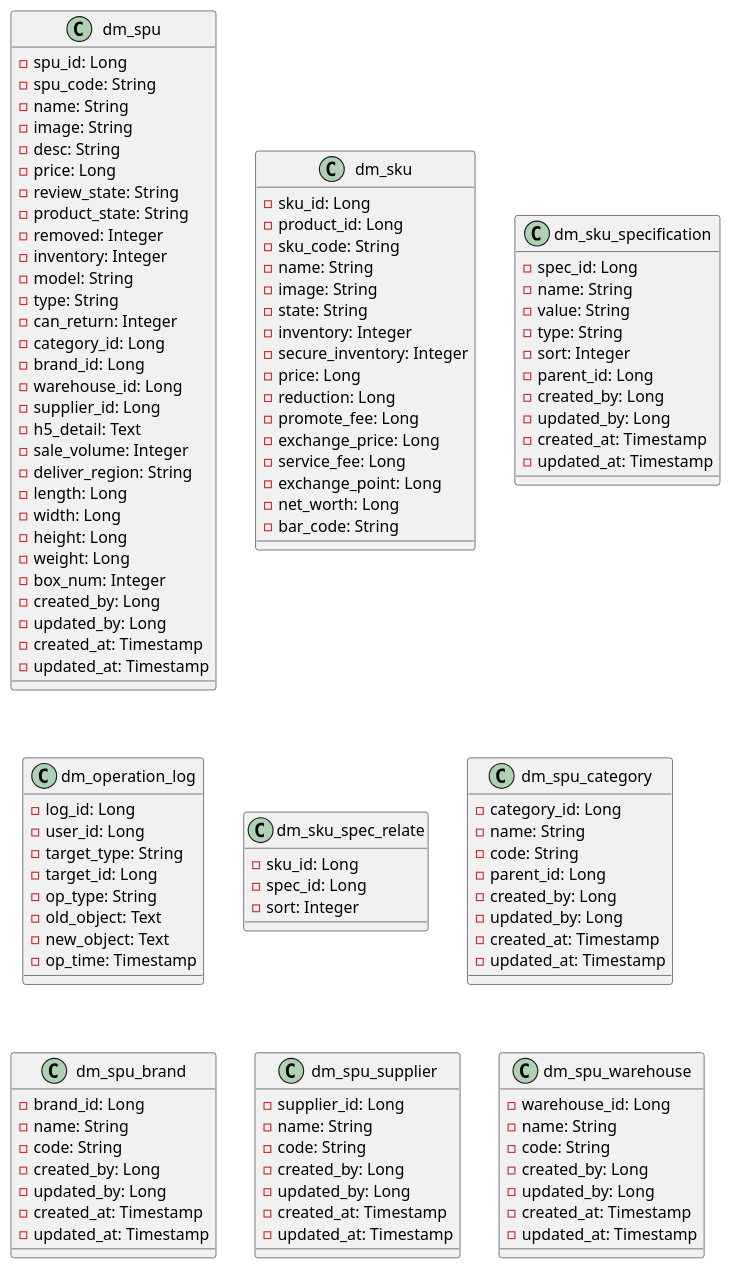
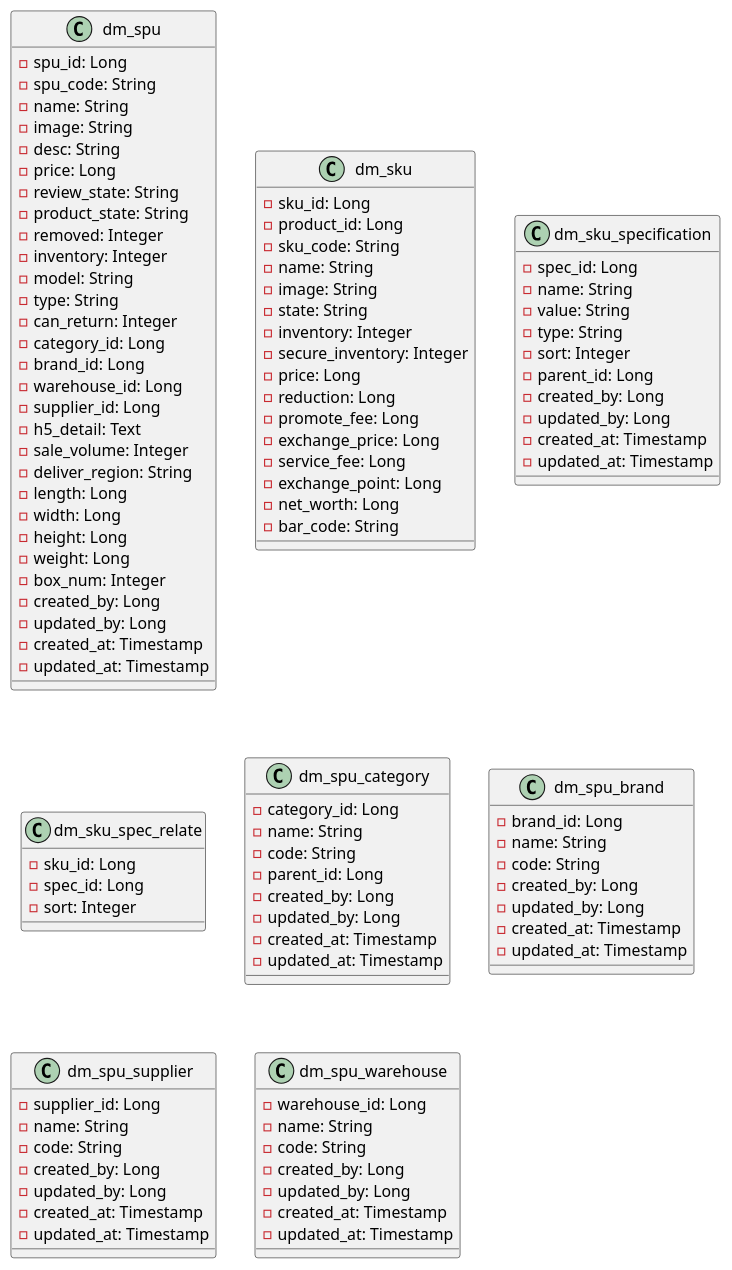
One commit to xgyb12458/dm-platform changed the diagram in documents/dm-product/product_entities.puml. Above: the diagram before and after it, drawn with PlantUML. The commit also changed 18 other files, not shown here.

```diff
--- a/documents/dm-product/product_entities.puml
+++ b/documents/dm-product/product_entities.puml
@@ -1,125 +1,113 @@
 @startuml
 
 class dm_spu {
     - spu_id: Long
     - spu_code: String
     - name: String
     - image: String
     - desc: String
     - price: Long
     - review_state: String
     - product_state: String
     - removed: Integer
     - inventory: Integer
     - model: String
     - type: String
     - can_return: Integer
     - category_id: Long
     - brand_id: Long
     - warehouse_id: Long
     - supplier_id: Long
     - h5_detail: Text
     - sale_volume: Integer
     - deliver_region: String
     - length: Long
     - width: Long
     - height: Long
     - weight: Long
     - box_num: Integer
     - created_by: Long
     - updated_by: Long
     - created_at: Timestamp
     - updated_at: Timestamp
 }
 class dm_sku {
     - sku_id: Long
     - product_id: Long
     - sku_code: String
     - name: String
     - image: String
     - state: String
     - inventory: Integer
     - secure_inventory: Integer
     - price: Long
     - reduction: Long
     - promote_fee: Long
     - exchange_price: Long
     - service_fee: Long
     - exchange_point: Long
     - net_worth: Long
     - bar_code: String
 }
 
 class dm_sku_specification {
     - spec_id: Long
     - name: String
     - value: String
     - type: String
     - sort: Integer
     - parent_id: Long
     - created_by: Long
     - updated_by: Long
     - created_at: Timestamp
     - updated_at: Timestamp
 }
 
-' 谁在什么时间对什么进行了什么操作，结果是什么
-class dm_operation_log {
-    - log_id: Long
-    - user_id: Long
-    - target_type: String
-    - target_id: Long
-    - op_type: String
-    - old_object: Text
-    - new_object: Text
-    - op_time: Timestamp
-}
-
 class dm_sku_spec_relate {
     - sku_id: Long
     - spec_id: Long
     - sort: Integer
 }
 
 class dm_spu_category {
     - category_id: Long
     - name: String
     - code: String
     - parent_id: Long
     - created_by: Long
     - updated_by: Long
     - created_at: Timestamp
     - updated_at: Timestamp
 }
 
 class dm_spu_brand {
     - brand_id: Long
     - name: String
     - code: String
     - created_by: Long
     - updated_by: Long
     - created_at: Timestamp
     - updated_at: Timestamp
 }
 
 class dm_spu_supplier {
     - supplier_id: Long
     - name: String
     - code: String
     - created_by: Long
     - updated_by: Long
     - created_at: Timestamp
     - updated_at: Timestamp
 }
 
 class dm_spu_warehouse {
     - warehouse_id: Long
     - name: String
     - code: String
     - created_by: Long
     - updated_by: Long
     - created_at: Timestamp
     - updated_at: Timestamp
 }
 
 @enduml
```
